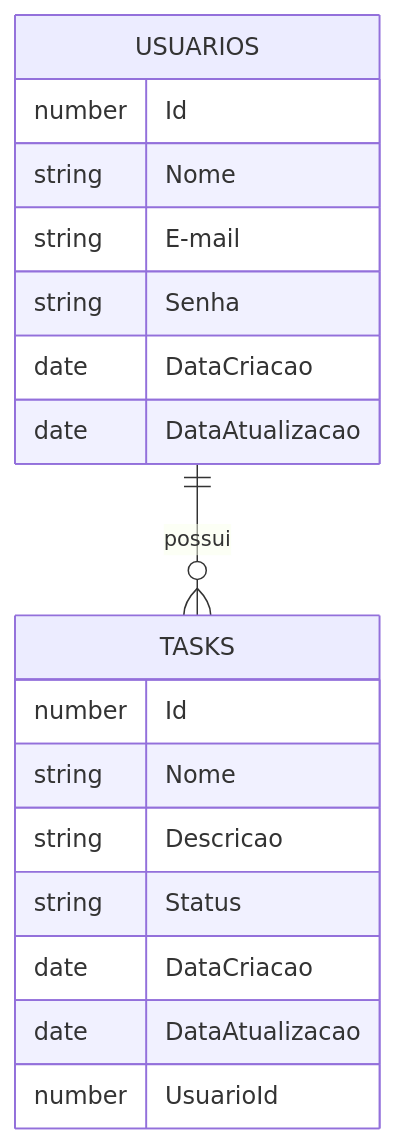
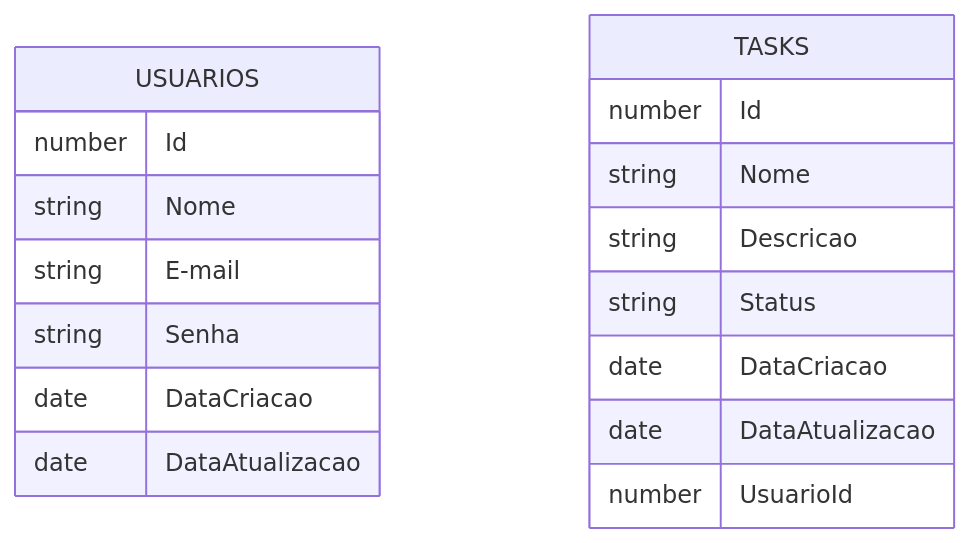
The diagram in README.md (Vinicius-Patricio/Task-Manager), drawn with Mermaid before and after one commit.

````diff
--- a/README.md
+++ b/README.md
@@ -9,22 +9,20 @@
 ```mermaid
 erDiagram
-    USUARIOS ||--o{ TASKS : possui
     USUARIOS {
         number Id
         string Nome
         string E-mail
         string Senha
         date DataCriacao
         date DataAtualizacao
     }
     TASKS {
         number Id
         string Nome
         string Descricao
         string Status
         date DataCriacao
         date DataAtualizacao
         number UsuarioId
     }
-    
 ```
````
